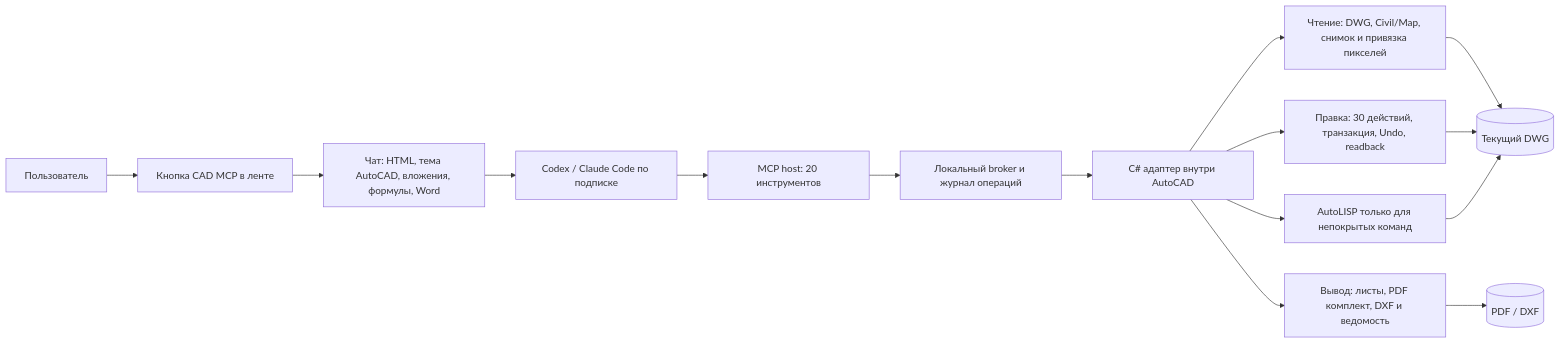
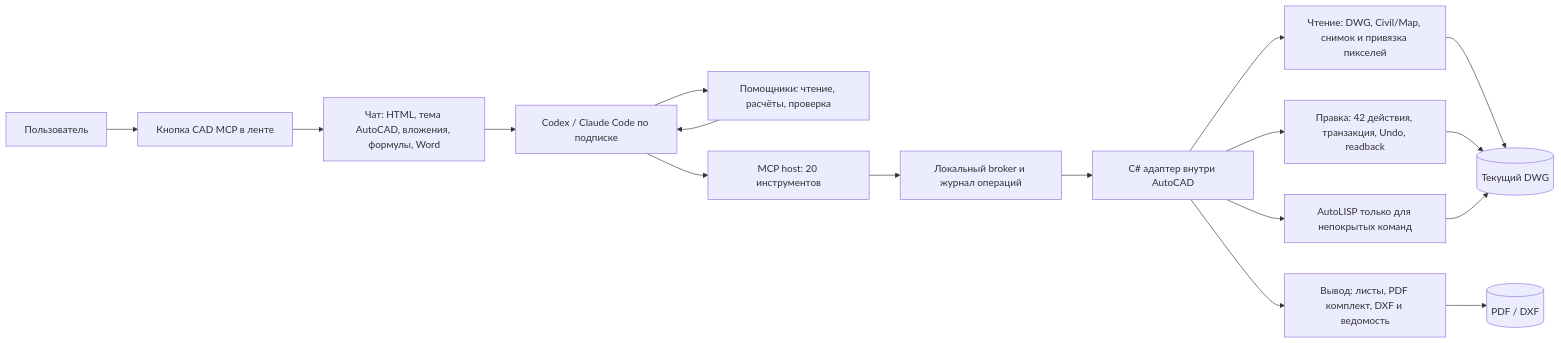
The diagram in docs/capabilities.md (debug23win/autocad-mcp), drawn with Mermaid before and after one commit. The commit also changed other lines of this file and 33 other files, not shown here.

````diff
--- a/docs/capabilities.md
+++ b/docs/capabilities.md
@@ -3,17 +3,19 @@
 ```mermaid
 flowchart LR
     U[Пользователь] --> R[Кнопка CAD MCP в ленте]
     R --> C[Чат: HTML, тема AutoCAD, вложения, формулы, Word]
     C --> P[Codex / Claude Code по подписке]
+    P --> H[Помощники: чтение, расчёты, проверка]
+    H --> P
     P --> M[MCP host: 20 инструментов]
     M --> B[Локальный broker и журнал операций]
     B --> A[C# адаптер внутри AutoCAD]
     A --> Q[Чтение: DWG, Civil/Map, снимок и привязка пикселей]
-    A --> E[Правка: 30 действий, транзакция, Undo, readback]
+    A --> E[Правка: 42 действия, транзакция, Undo, readback]
     A --> X[Вывод: листы, PDF комплект, DXF и ведомость]
     A --> F[AutoLISP только для непокрытых команд]
     Q --> D[(Текущий DWG)]
     E --> D
     X --> O[(PDF / DXF)]
     F --> D
 ```
````
